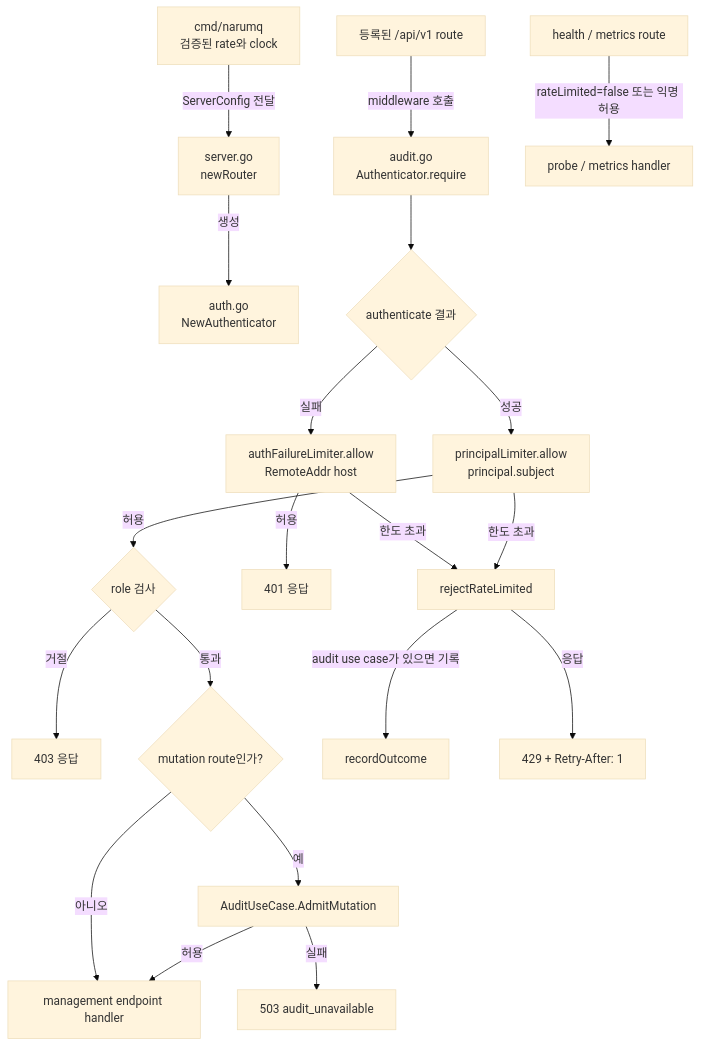
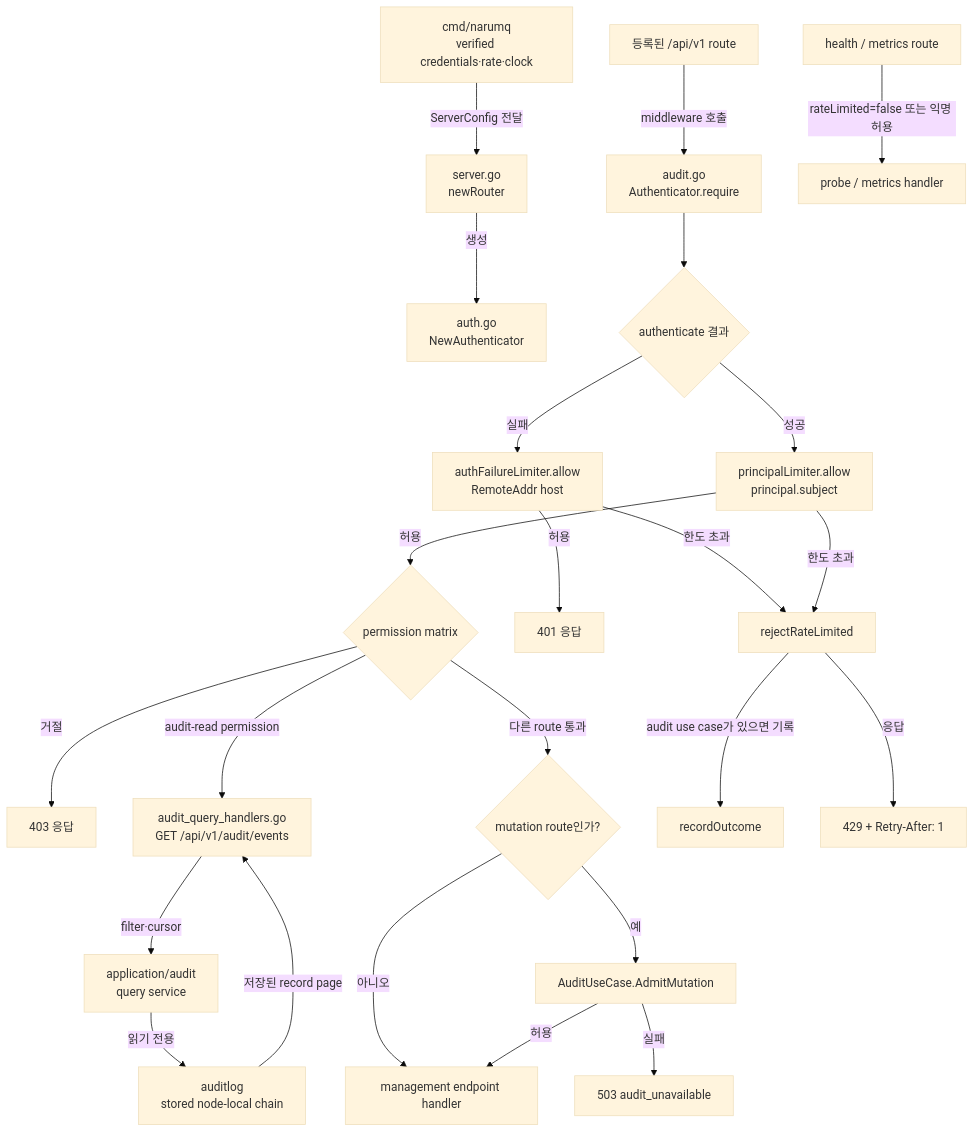
One commit to kayden-kim/narumq changed the diagram in docs/architectures/management-http-module.md. Above: the diagram before and after it, drawn with Mermaid (base theme). The commit also changed other lines of this file and 52 other files, not shown here.

Commit message:
feat(management): implement SEC-10 OIDC RBAC and audit query

````diff
--- a/docs/architectures/management-http-module.md
+++ b/docs/architectures/management-http-module.md
@@ -30,22 +30,26 @@
 ```mermaid
 flowchart TD
-    Config["cmd/narumq<br/>검증된 rate와 clock"] -->|ServerConfig 전달| Router["server.go<br/>newRouter"]
+    Config["cmd/narumq<br/>verified credentials·rate·clock"] -->|ServerConfig 전달| Router["server.go<br/>newRouter"]
     Router -->|생성| Auth["auth.go<br/>NewAuthenticator"]
     Route["등록된 /api/v1 route"] -->|middleware 호출| Require["audit.go<br/>Authenticator.require"]
     Require --> Authenticate{"authenticate 결과"}
     Authenticate -->|실패| IPBucket["authFailureLimiter.allow<br/>RemoteAddr host"]
     IPBucket -->|한도 초과| Reject["rejectRateLimited"]
     IPBucket -->|허용| Unauthorized["401 응답"]
     Authenticate -->|성공| PrincipalBucket["principalLimiter.allow<br/>principal.subject"]
     PrincipalBucket -->|한도 초과| Reject
-    PrincipalBucket -->|허용| Role{"role 검사"}
+    PrincipalBucket -->|허용| Role{"permission matrix"}
     Role -->|거절| Forbidden["403 응답"]
-    Role -->|통과| Mutation{"mutation route인가?"}
+    Role -->|audit-read permission| AuditQuery["audit_query_handlers.go<br/>GET /api/v1/audit/events"]
+    Role -->|다른 route 통과| Mutation{"mutation route인가?"}
     Mutation -->|예| Admission["AuditUseCase.AdmitMutation"]
     Mutation -->|아니오| Handler["management endpoint handler"]
+    AuditQuery -->|filter·cursor| QueryService["application/audit<br/>query service"]
+    QueryService -->|읽기 전용| AuditReader["auditlog<br/>stored node-local chain"]
+    AuditReader -->|저장된 record page| AuditQuery
     Admission -->|허용| Handler
     Admission -->|실패| AuditUnavailable["503 audit_unavailable"]
     Reject -->|audit use case가 있으면 기록| Audit["recordOutcome"]
     Reject -->|응답| TooMany["429 + Retry-After: 1"]
     Probe["health / metrics route"] -->|rateLimited=false 또는 익명 허용| ProbeHandler["probe / metrics handler"]
 ```
````
